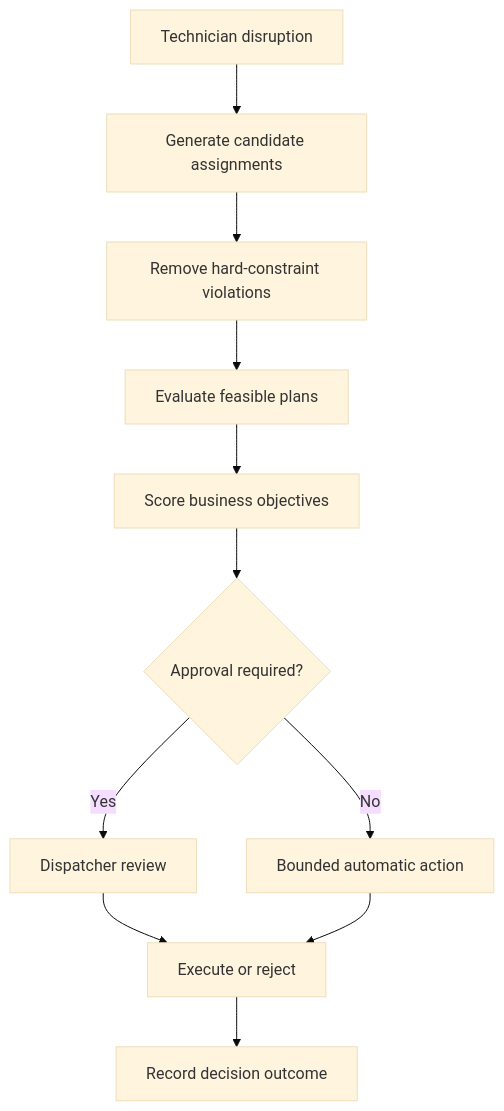
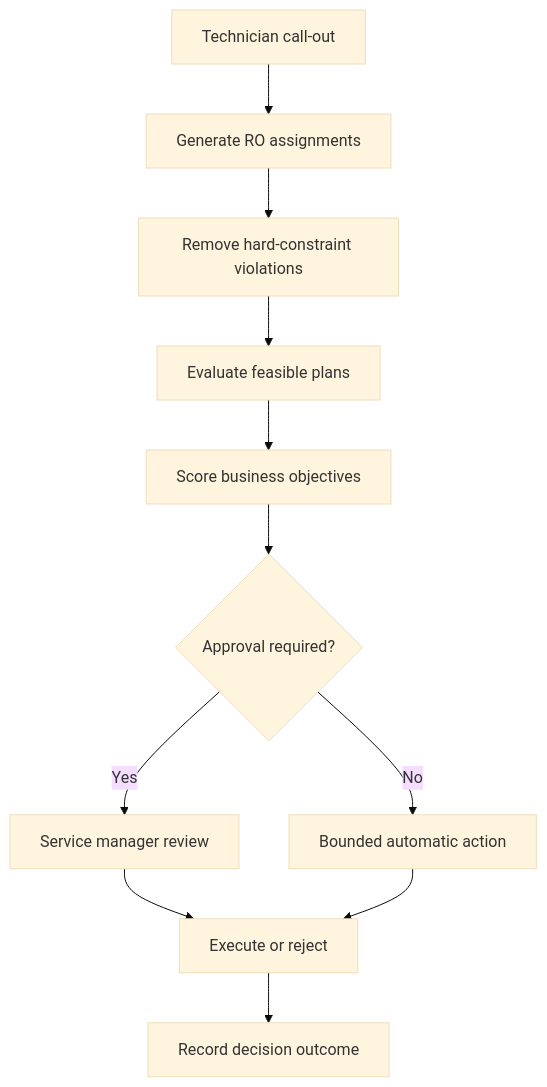
The diagram in README.md (mpalmer79/fieldops-ai), drawn with Mermaid (base theme) before and after one commit. The commit also changed other lines of this file and 14 other files, not shown here.

````diff
--- a/README.md
+++ b/README.md
@@ -103,13 +103,13 @@
 ```mermaid
 flowchart TD
-    A[Technician disruption] --> B[Generate candidate assignments]
+    A[Technician call-out] --> B[Generate RO assignments]
     B --> C[Remove hard-constraint violations]
     C --> D[Evaluate feasible plans]
     D --> E[Score business objectives]
     E --> F{Approval required?}
-    F -->|Yes| G[Dispatcher review]
+    F -->|Yes| G[Service manager review]
     F -->|No| H[Bounded automatic action]
     G --> I[Execute or reject]
     H --> I
     I --> J[Record decision outcome]
 ```
````
